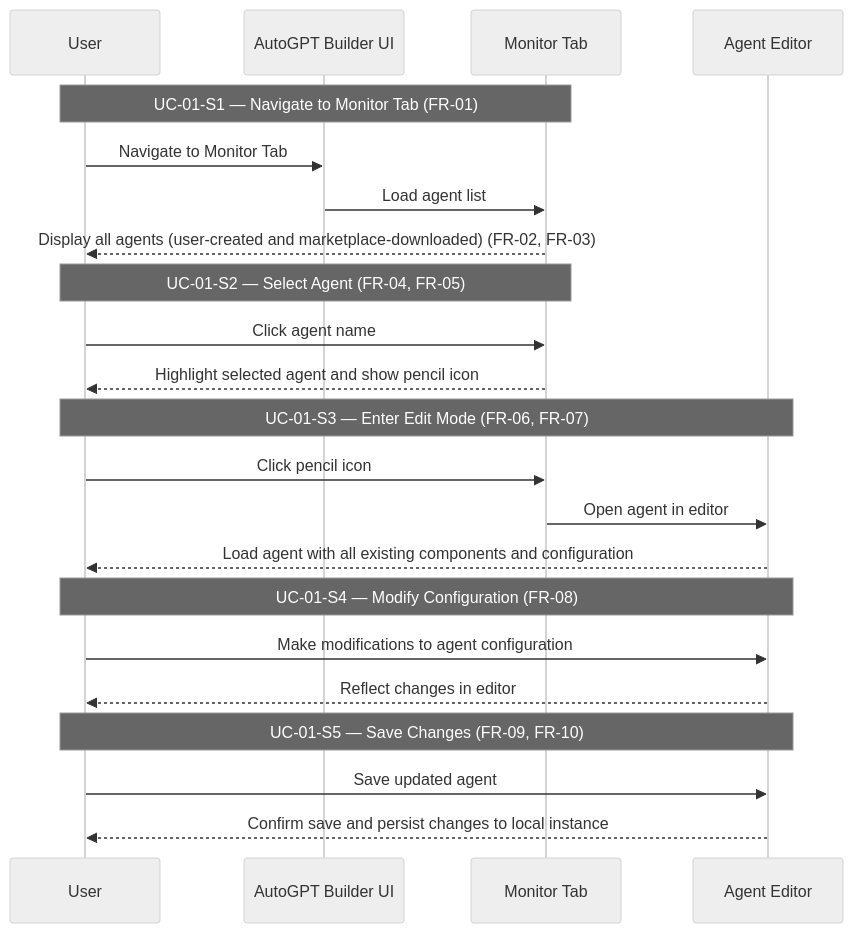
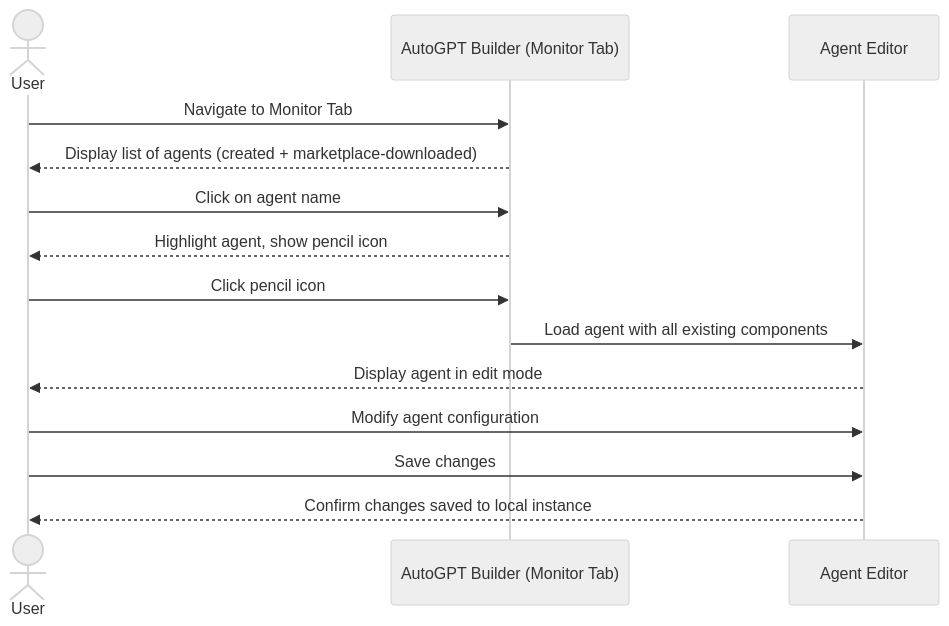
Before and after one commit to ayushmittalde/RP: the second of 3 diagrams in representation/edit-agent-representation.md, drawn with Mermaid (neutral theme). The commit also changed other lines of this file and 27 other files, not shown here.

````diff
--- a/representation/edit-agent-representation.md
+++ b/representation/edit-agent-representation.md
@@ -177,29 +269,17 @@
 ```mermaid
 sequenceDiagram
-    participant U as User
-    participant UI as AutoGPT Builder UI
-    participant MT as Monitor Tab
-    participant AE as Agent Editor
+    actor User
+    participant MonitorTab as AutoGPT Builder (Monitor Tab)
+    participant Editor as Agent Editor
 
-    Note over U,MT: UC-01-S1 — Navigate to Monitor Tab (FR-01)
-    U->>UI: Navigate to Monitor Tab
-    UI->>MT: Load agent list
-    MT-->>U: Display all agents (user-created and marketplace-downloaded) (FR-02, FR-03)
-
-    Note over U,MT: UC-01-S2 — Select Agent (FR-04, FR-05)
-    U->>MT: Click agent name
-    MT-->>U: Highlight selected agent and show pencil icon
-
-    Note over U,AE: UC-01-S3 — Enter Edit Mode (FR-06, FR-07)
-    U->>MT: Click pencil icon
-    MT->>AE: Open agent in editor
-    AE-->>U: Load agent with all existing components and configuration
-
-    Note over U,AE: UC-01-S4 — Modify Configuration (FR-08)
-    U->>AE: Make modifications to agent configuration
-    AE-->>U: Reflect changes in editor
-
-    Note over U,AE: UC-01-S5 — Save Changes (FR-09, FR-10)
-    U->>AE: Save updated agent
-    AE-->>U: Confirm save and persist changes to local instance
+    User->>MonitorTab: Navigate to Monitor Tab
+    MonitorTab-->>User: Display list of agents (created + marketplace-downloaded)
+    User->>MonitorTab: Click on agent name
+    MonitorTab-->>User: Highlight agent, show pencil icon
+    User->>MonitorTab: Click pencil icon
+    MonitorTab->>Editor: Load agent with all existing components
+    Editor-->>User: Display agent in edit mode
+    User->>Editor: Modify agent configuration
+    User->>Editor: Save changes
+    Editor-->>User: Confirm changes saved to local instance
 ```
````
